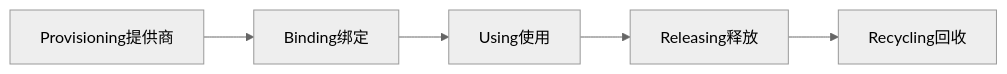
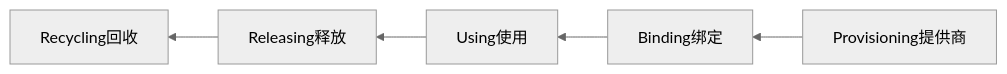
The diagram in k8s/k8s-storage.md (gitseen/gitOps), drawn with Mermaid (neutral theme) before and after one commit.

Commit message:
add k8s-storage

````diff
--- a/k8s/k8s-storage.md
+++ b/k8s/k8s-storage.md
@@ -673,4 +673,4 @@
 ```mermaid
-graph LR
+graph RL
 Provisioning提供商-->Binding绑定-->Using使用-->Releasing释放-->Recycling回收
 ```
````
